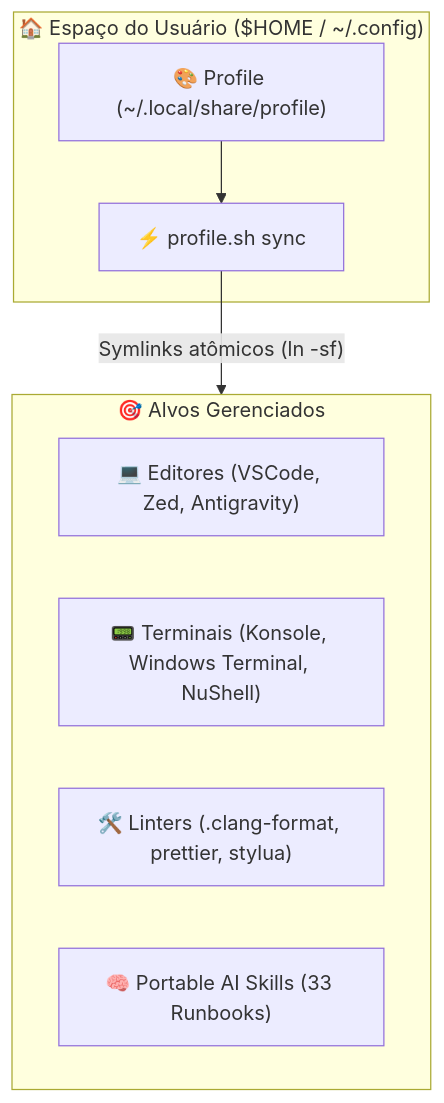
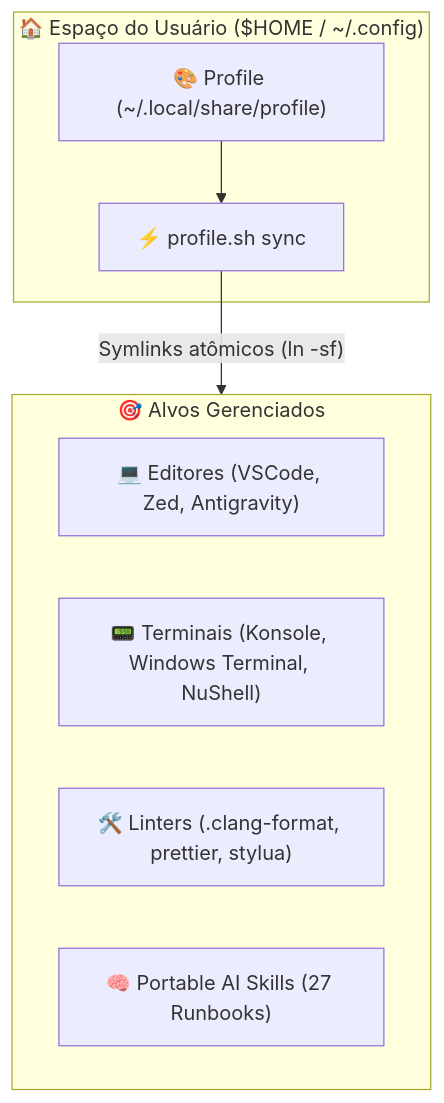
The diagram in README.md (GabrielFrigo4/profile), drawn with Mermaid before and after one commit. The commit also changed 22 other files, not shown here.

Commit message:
refactor(skills): consolidate global skills catalog from 30 to 27 canonical runbooks

````diff
--- a/README.md
+++ b/README.md
@@ -43,17 +43,17 @@
 ```mermaid
 flowchart TD
     subgraph HOME ["🏠 Espaço do Usuário ($HOME / ~/.config)"]
         PR_REPO["🎨 Profile (~/.local/share/profile)"]
         SYNC["⚡ profile.sh sync"]
     end
 
     subgraph TARGETS ["🎯 Alvos Gerenciados"]
         ED["💻 Editores (VSCode, Zed, Antigravity)"]
         TR["📟 Terminais (Konsole, Windows Terminal, NuShell)"]
         TL["🛠️ Linters (.clang-format, prettier, stylua)"]
-        SK["🧠 Portable AI Skills (33 Runbooks)"]
+        SK["🧠 Portable AI Skills (27 Runbooks)"]
     end
 
     PR_REPO --> SYNC
     SYNC -->|"Symlinks atômicos (ln -sf)"| TARGETS
 ```
````
